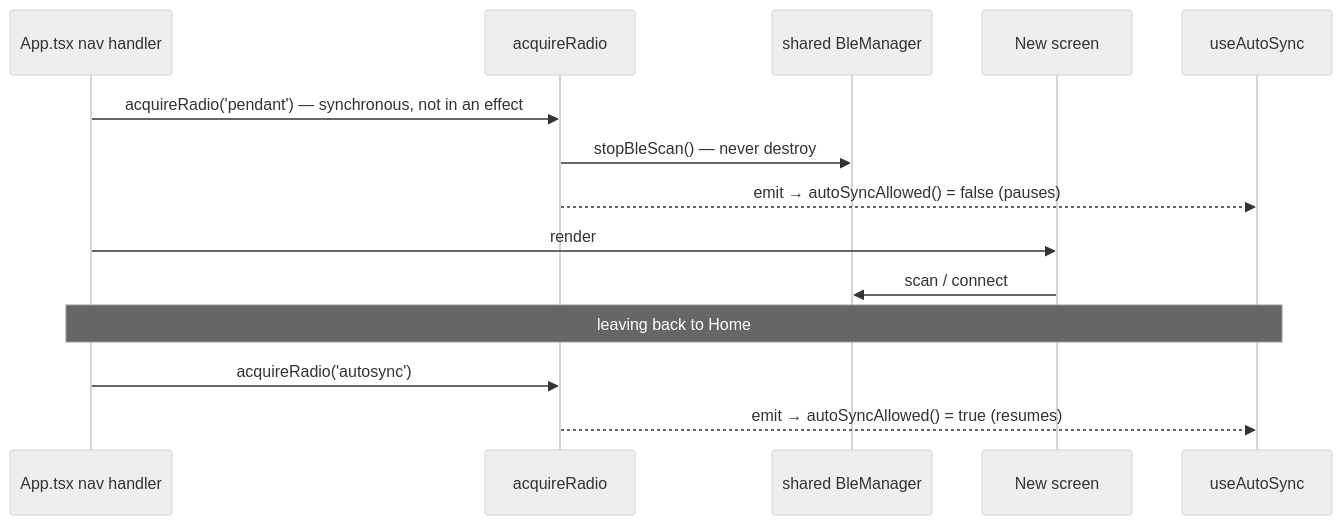
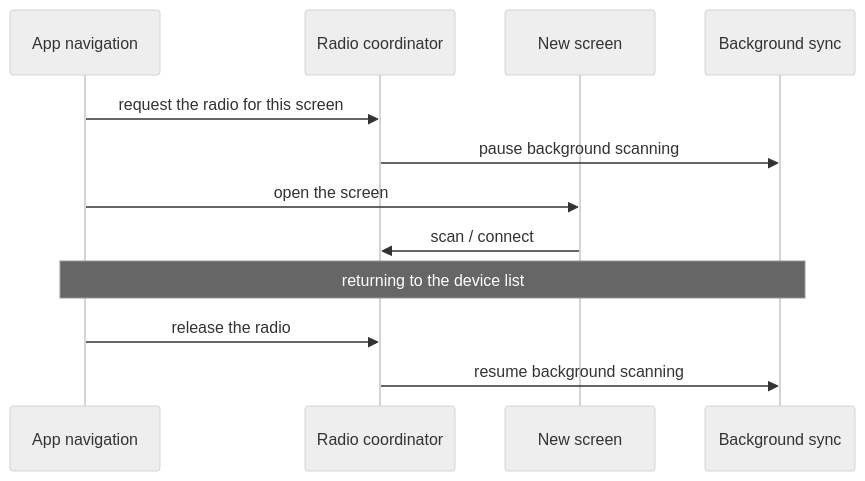
Before and after one commit to Longcao24/sate-companion: the second of 3 diagrams in docs-site/docs/guides/mobile-app.md, drawn with Mermaid (neutral theme). The commit also changed other lines of this file and 17 other files, not shown here.

First line of the commit message:
docs-site: generalize published docs + add system-overview diagram

````diff
--- a/docs-site/docs/guides/mobile-app.md
+++ b/docs-site/docs/guides/mobile-app.md
@@ -154,16 +99,14 @@
 ```mermaid
 sequenceDiagram
-  participant Nav as App.tsx nav handler
-  participant ARB as acquireRadio
-  participant BLE as shared BleManager
+  participant Nav as App navigation
+  participant ARB as Radio coordinator
   participant Scr as New screen
-  participant AS as useAutoSync
-  Nav->>ARB: acquireRadio('pendant') — synchronous, not in an effect
-  ARB->>BLE: stopBleScan() — never destroy
-  ARB-->>AS: emit → autoSyncAllowed() = false (pauses)
-  Nav->>Scr: render
-  Scr->>BLE: scan / connect
-  Note over Nav,AS: leaving back to Home
-  Nav->>ARB: acquireRadio('autosync')
-  ARB-->>AS: emit → autoSyncAllowed() = true (resumes)
+  participant AS as Background sync
+  Nav->>ARB: request the radio for this screen
+  ARB->>AS: pause background scanning
+  Nav->>Scr: open the screen
+  Scr->>ARB: scan / connect
+  Note over Nav,AS: returning to the device list
+  Nav->>ARB: release the radio
+  ARB->>AS: resume background scanning
 ```
````
